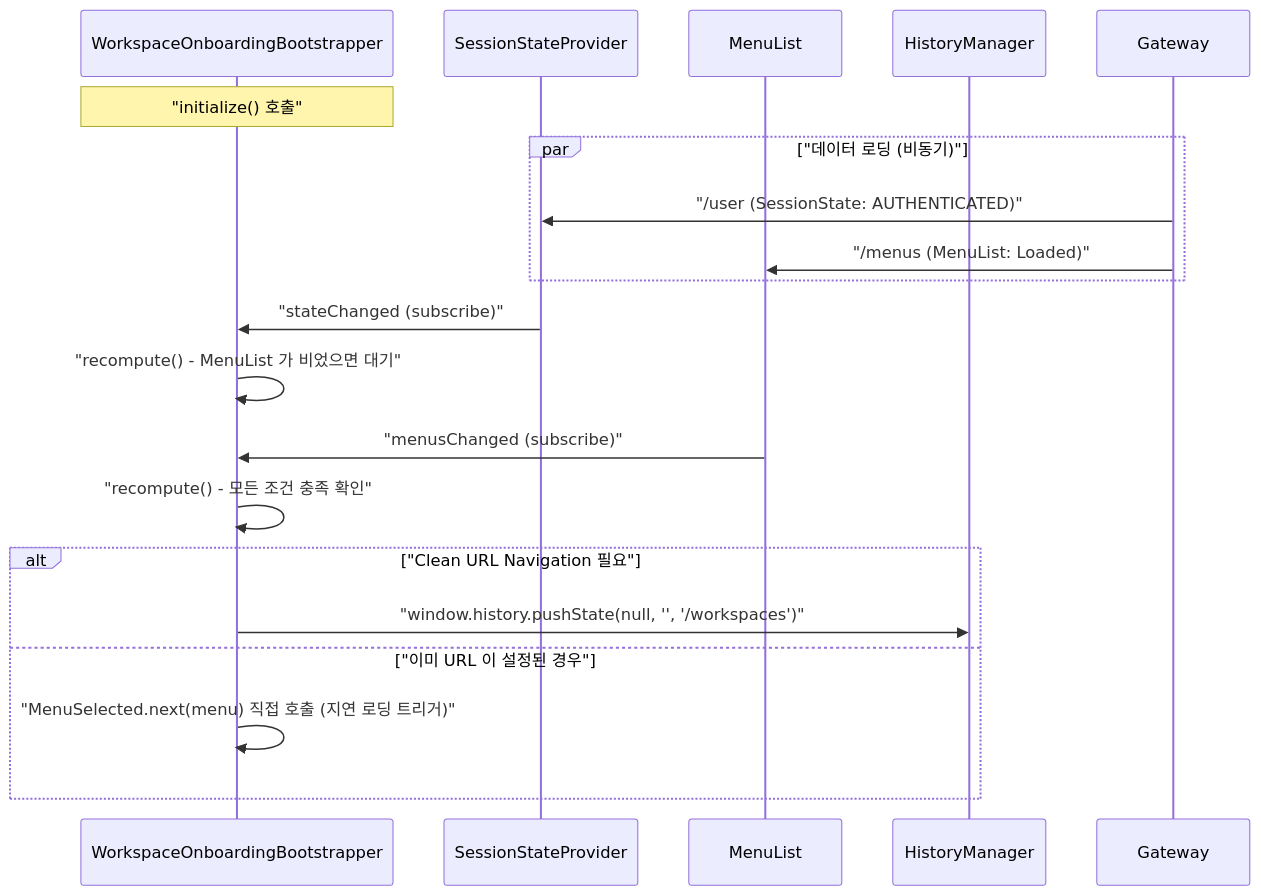
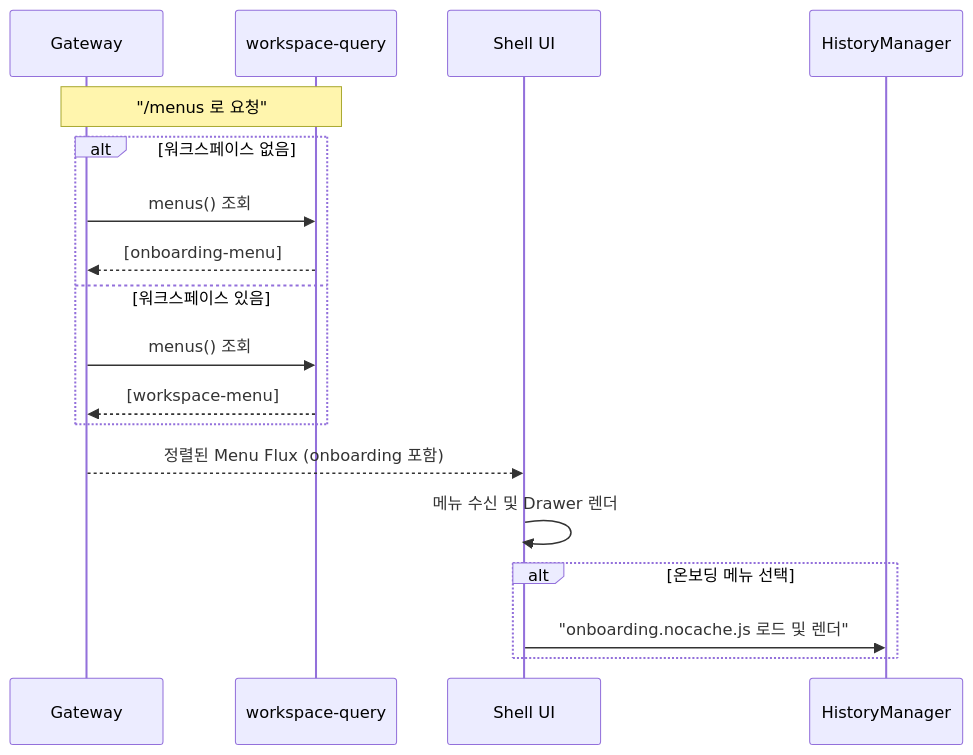
Before and after one commit to sayaya1090/handbook: the third of 11 diagrams in docs/architecture.md, drawn with Mermaid. The commit also changed 7 other files, not shown here.

First line of the commit message:
feat(onboarding): 서버 주도 온보딩 메뉴 공급 구현 및 문서 갱신

````diff
--- a/docs/architecture.md
+++ b/docs/architecture.md
@@ -183,25 +183,22 @@
 ```mermaid
 sequenceDiagram
-    participant B as WorkspaceOnboardingBootstrapper
-    participant S as SessionStateProvider
-    participant M as MenuList
+    participant GW as Gateway
+    participant SW as workspace-query
+    participant Shell as Shell UI
     participant H as HistoryManager
 
-    Note over B: "initialize() 호출"
-    par "데이터 로딩 (비동기)"
-        Gateway->>S: "/user (SessionState: AUTHENTICATED)"
-        Gateway->>M: "/menus (MenuList: Loaded)"
+    Note over GW,SW: "/menus 로 요청"
+    alt 워크스페이스 없음
+        GW->>SW: menus() 조회
+        SW-->>GW: [onboarding-menu]
+    else 워크스페이스 있음
+        GW->>SW: menus() 조회
+        SW-->>GW: [workspace-menu]
     end
-
-    S->>B: "stateChanged (subscribe)"
-    B->>B: "recompute() - MenuList 가 비었으면 대기"
+    GW-->>Shell: 정렬된 Menu Flux (onboarding 포함)
+    Shell->>Shell: 메뉴 수신 및 Drawer 렌더
     
-    M->>B: "menusChanged (subscribe)"
-    B->>B: "recompute() - 모든 조건 충족 확인"
-
-    alt "Clean URL Navigation 필요"
-        B->>H: "window.history.pushState(null, '', '/workspaces')"
-    else "이미 URL 이 설정된 경우"
-        B->>B: "MenuSelected.next(menu) 직접 호출 (지연 로딩 트리거)"
+    alt 온보딩 메뉴 선택
+        Shell->>H: "onboarding.nocache.js 로드 및 렌더"
     end
 ```
````
